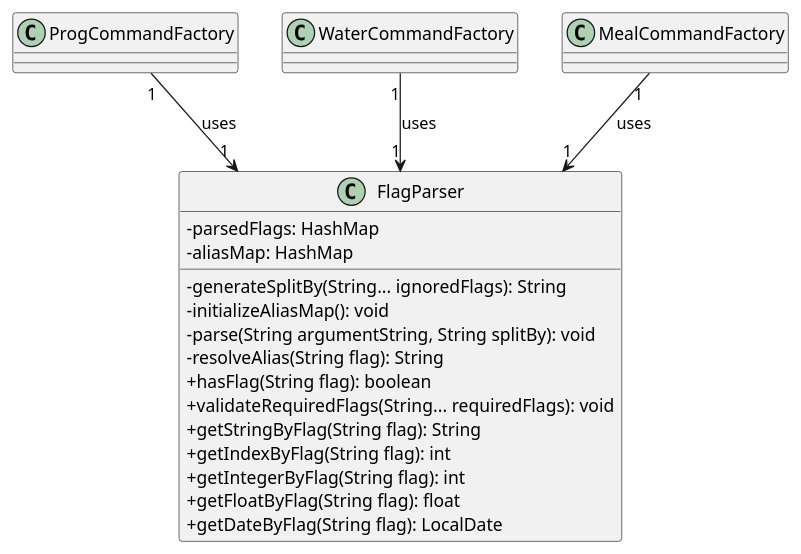
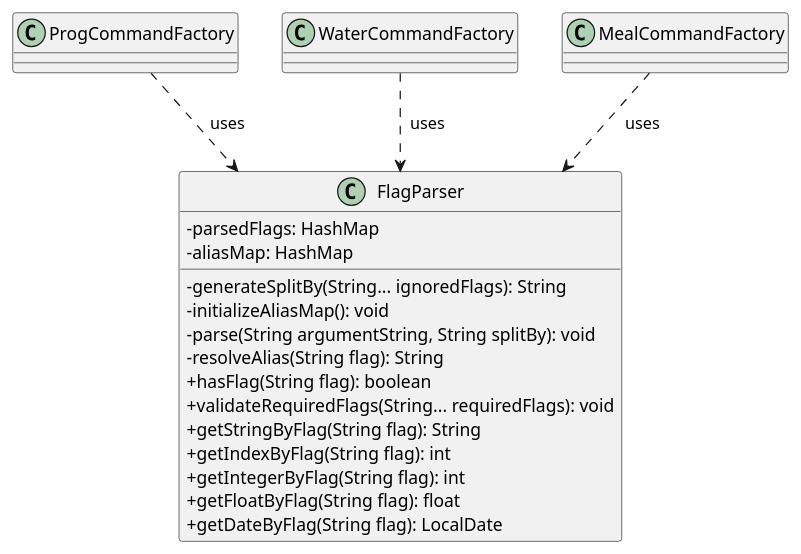
One commit to nus-cs2113-AY2425S1/tp changed the diagram in docs/diagrams/flagParserComponent.puml. Above: the diagram before and after it, drawn with PlantUML. The commit also changed 7 other files, not shown here.

Commit message:
Update Parser component class diagrams

```diff
--- a/docs/diagrams/flagParserComponent.puml
+++ b/docs/diagrams/flagParserComponent.puml
@@ -1,25 +1,25 @@
 @startuml
 skinparam classAttributeIconSize 0
 
 class FlagParser {
   - parsedFlags: HashMap
   - aliasMap: HashMap
 
   - generateSplitBy(String... ignoredFlags): String
   - initializeAliasMap(): void
   - parse(String argumentString, String splitBy): void
   - resolveAlias(String flag): String
   + hasFlag(String flag): boolean
   + validateRequiredFlags(String... requiredFlags): void
   + getStringByFlag(String flag): String
   + getIndexByFlag(String flag): int
   + getIntegerByFlag(String flag): int
   + getFloatByFlag(String flag): float
   + getDateByFlag(String flag): LocalDate
 }
 
-ProgCommandFactory "1" --> "1" FlagParser : uses
-WaterCommandFactory "1" --> "1" FlagParser : uses
-MealCommandFactory "1" --> "1" FlagParser : uses
+ProgCommandFactory ..>  FlagParser : "  uses"
+WaterCommandFactory ..>  FlagParser : "  uses"
+MealCommandFactory ..>  FlagParser : "  uses"
 
 @enduml
```
